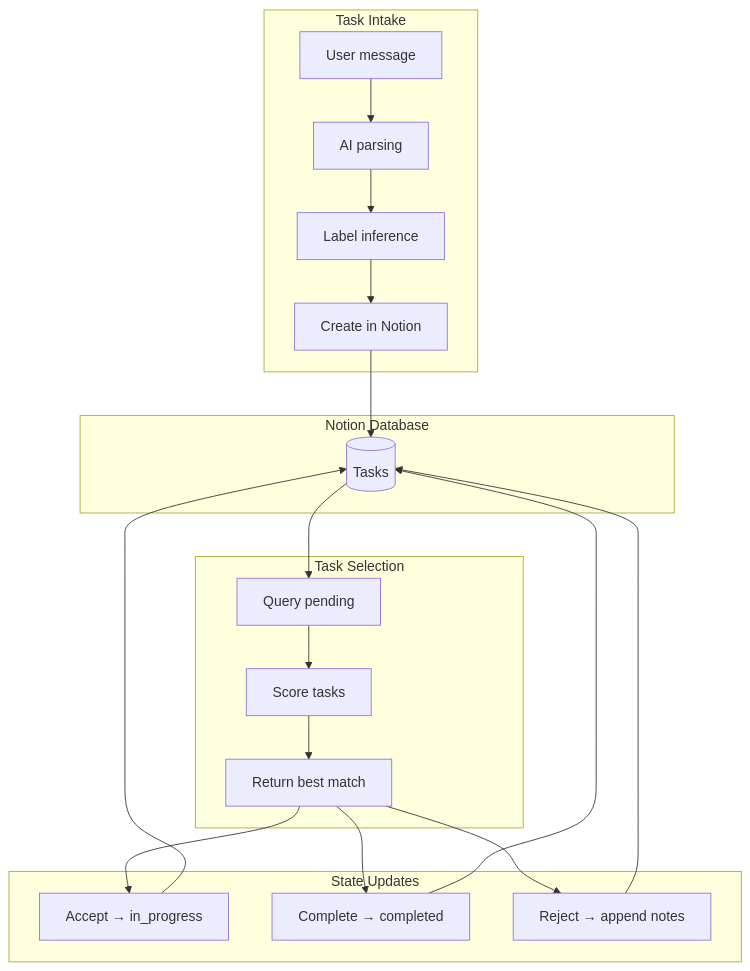
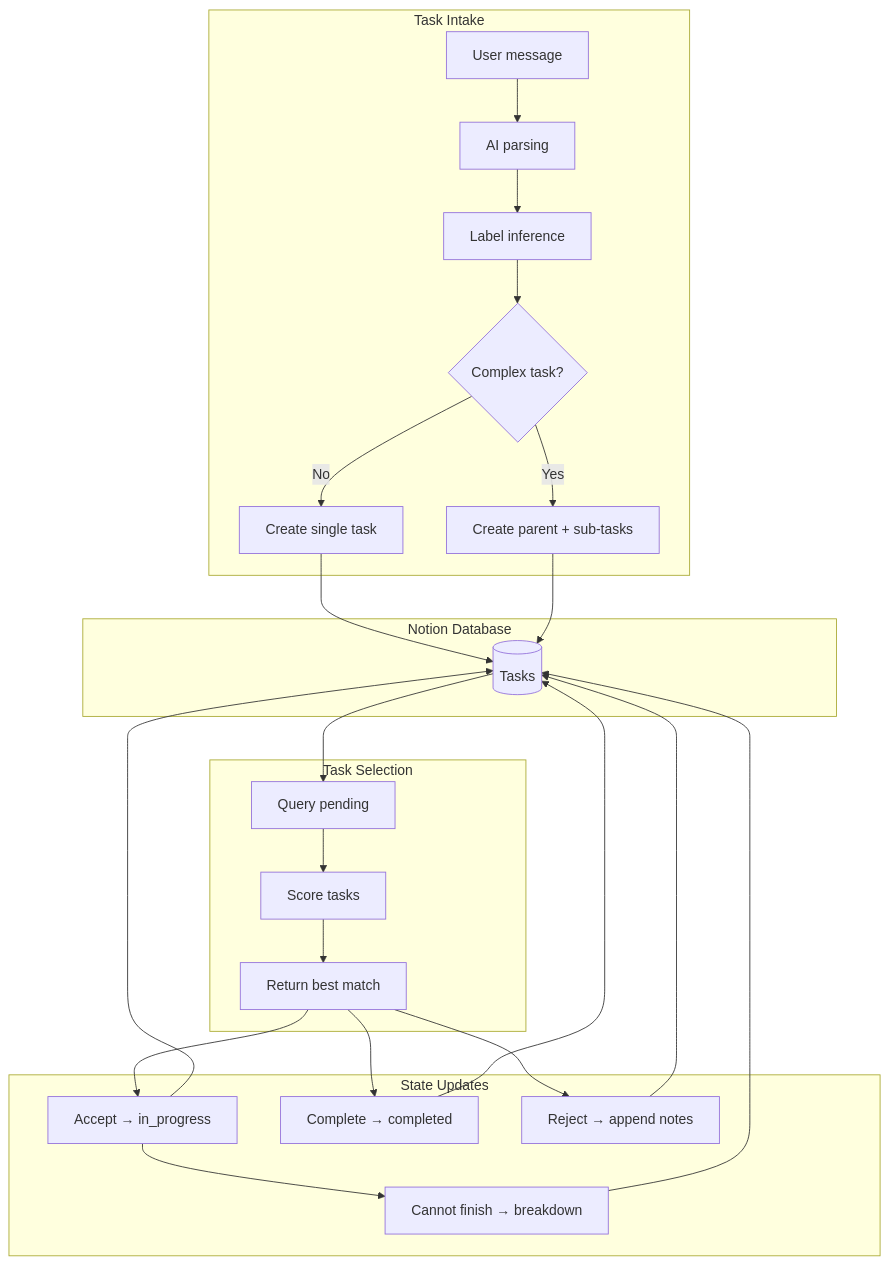
Diagram 16 of 18 in docs/notion-schema.md (NickBorgers/hide-my-list), drawn with Mermaid before and after one commit. The commit also changed other lines of this file and 4 other files, not shown here.

First line of the commit message:
Add CANNOT_FINISH command and automatic task breakdown

````diff
--- a/docs/notion-schema.md
+++ b/docs/notion-schema.md
@@ -342,32 +459,38 @@
 ```mermaid
 flowchart TD
     subgraph Intake["Task Intake"]
         I1[User message] --> I2[AI parsing]
         I2 --> I3[Label inference]
-        I3 --> I4[Create in Notion]
+        I3 --> I4{Complex task?}
+        I4 -->|No| I5[Create single task]
+        I4 -->|Yes| I6[Create parent + sub-tasks]
     end
 
     subgraph Storage["Notion Database"]
         DB[(Tasks)]
     end
 
     subgraph Selection["Task Selection"]
         S1[Query pending] --> S2[Score tasks]
         S2 --> S3[Return best match]
     end
 
     subgraph Update["State Updates"]
         U1[Accept → in_progress]
         U2[Complete → completed]
         U3[Reject → append notes]
+        U4[Cannot finish → breakdown]
     end
 
-    I4 --> DB
+    I5 --> DB
+    I6 --> DB
     DB --> S1
     S3 --> U1
     S3 --> U2
     S3 --> U3
+    U1 --> U4
+    U4 --> DB
     U1 --> DB
     U2 --> DB
     U3 --> DB
 ```
````
